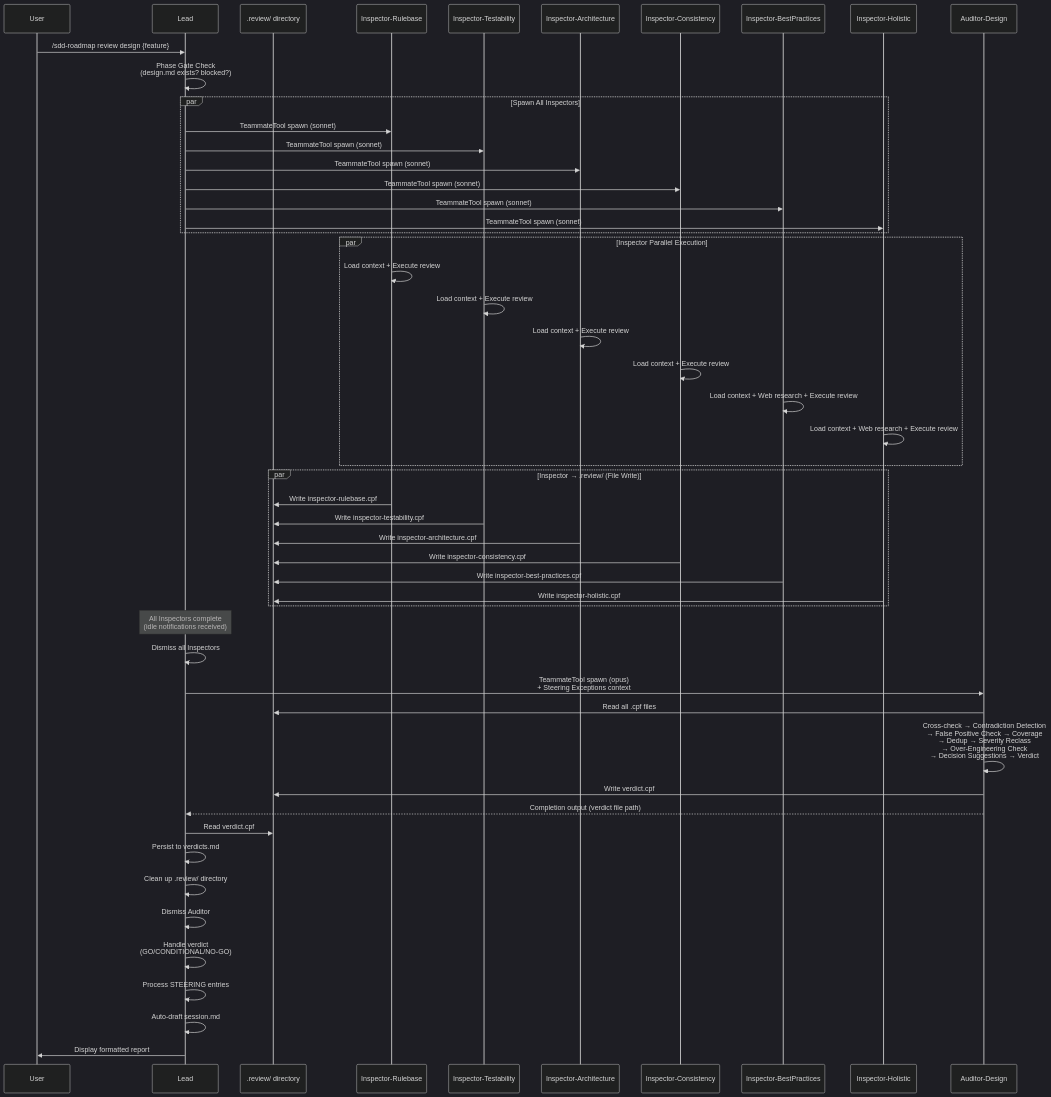
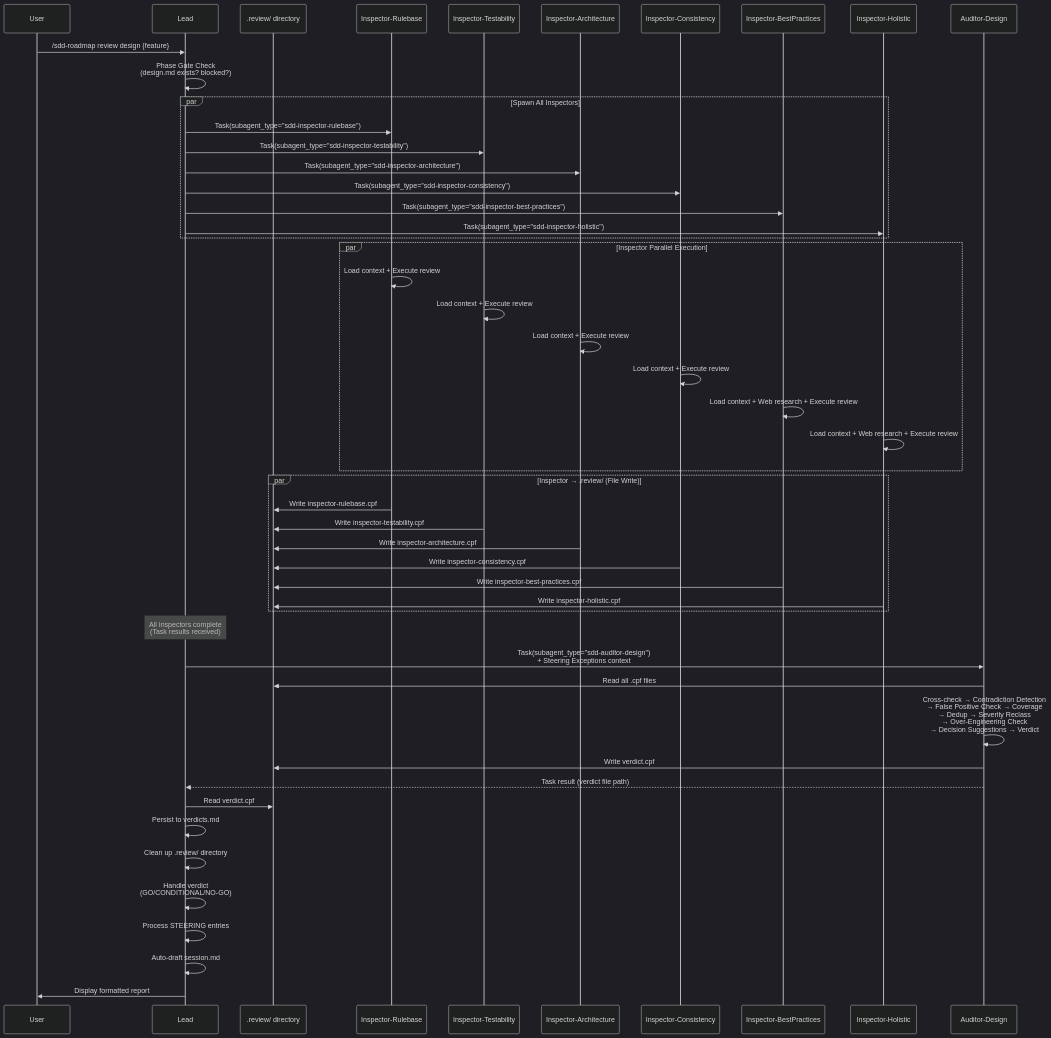
One commit to sync-dev-org/sync-sdd changed the first of 3 diagrams in .claude/sdd/project/specs/design-review/design.md. Above: the diagram before and after it, drawn with Mermaid (dark theme). The commit also changed other lines of this file and 45 other files, not shown here.

First line of the commit message:
Migrate from Agent Teams to SubAgent architecture

````diff
--- a/.claude/sdd/project/specs/design-review/design.md
+++ b/.claude/sdd/project/specs/design-review/design.md
@@ -243,63 +243,61 @@
 ```mermaid
 sequenceDiagram
     participant U as User
     participant L as Lead
     participant RD as .review/ directory
     participant IR as Inspector-Rulebase
     participant IT as Inspector-Testability
     participant IA as Inspector-Architecture
     participant IC as Inspector-Consistency
     participant IB as Inspector-BestPractices
     participant IH as Inspector-Holistic
     participant A as Auditor-Design
 
     U->>L: /sdd-roadmap review design {feature}
     L->>L: Phase Gate Check<br/>(design.md exists? blocked?)
 
     par Spawn All Inspectors
-        L->>IR: TeammateTool spawn (sonnet)
-        L->>IT: TeammateTool spawn (sonnet)
-        L->>IA: TeammateTool spawn (sonnet)
-        L->>IC: TeammateTool spawn (sonnet)
-        L->>IB: TeammateTool spawn (sonnet)
-        L->>IH: TeammateTool spawn (sonnet)
+        L->>IR: Task(subagent_type="sdd-inspector-rulebase")
+        L->>IT: Task(subagent_type="sdd-inspector-testability")
+        L->>IA: Task(subagent_type="sdd-inspector-architecture")
+        L->>IC: Task(subagent_type="sdd-inspector-consistency")
+        L->>IB: Task(subagent_type="sdd-inspector-best-practices")
+        L->>IH: Task(subagent_type="sdd-inspector-holistic")
     end
 
     par Inspector Parallel Execution
         IR->>IR: Load context + Execute review
         IT->>IT: Load context + Execute review
         IA->>IA: Load context + Execute review
         IC->>IC: Load context + Execute review
         IB->>IB: Load context + Web research + Execute review
         IH->>IH: Load context + Web research + Execute review
     end
 
     par Inspector → .review/ (File Write)
         IR->>RD: Write inspector-rulebase.cpf
         IT->>RD: Write inspector-testability.cpf
         IA->>RD: Write inspector-architecture.cpf
         IC->>RD: Write inspector-consistency.cpf
         IB->>RD: Write inspector-best-practices.cpf
         IH->>RD: Write inspector-holistic.cpf
     end
 
-    Note over L: All Inspectors complete<br/>(idle notifications received)
+    Note over L: All Inspectors complete<br/>(Task results received)
 
-    L->>L: Dismiss all Inspectors
-    L->>A: TeammateTool spawn (opus)<br/>+ Steering Exceptions context
+    L->>A: Task(subagent_type="sdd-auditor-design")<br/>+ Steering Exceptions context
 
     A->>RD: Read all .cpf files
     A->>A: Cross-check → Contradiction Detection<br/>→ False Positive Check → Coverage<br/>→ Dedup → Severity Reclass<br/>→ Over-Engineering Check<br/>→ Decision Suggestions → Verdict
     A->>RD: Write verdict.cpf
 
-    A-->>L: Completion output (verdict file path)
+    A-->>L: Task result (verdict file path)
 
     L->>RD: Read verdict.cpf
     L->>L: Persist to verdicts.md
     L->>L: Clean up .review/ directory
-    L->>L: Dismiss Auditor
     L->>L: Handle verdict<br/>(GO/CONDITIONAL/NO-GO)
     L->>L: Process STEERING entries
     L->>L: Auto-draft session.md
     L->>U: Display formatted report
 ```
````
